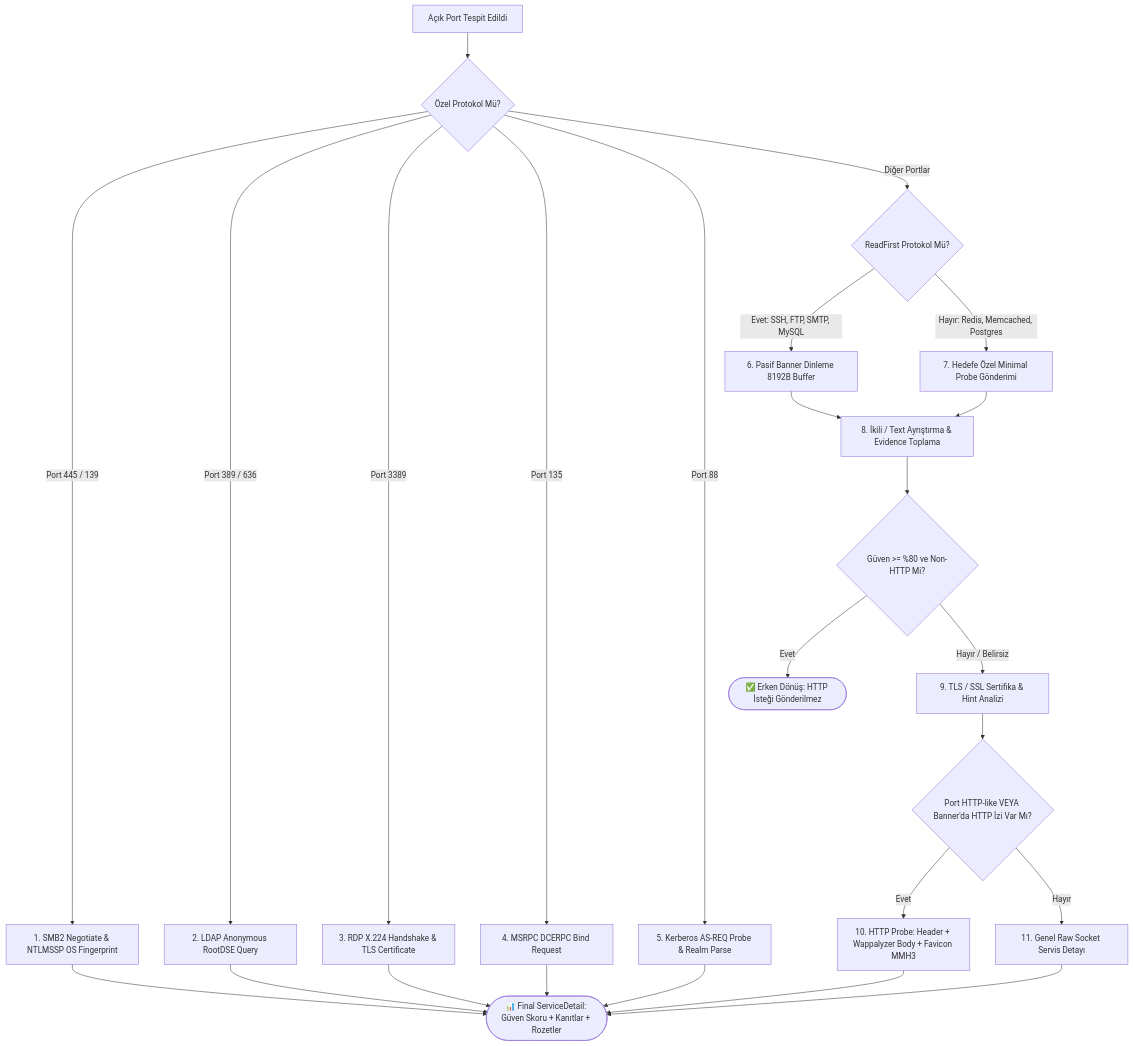
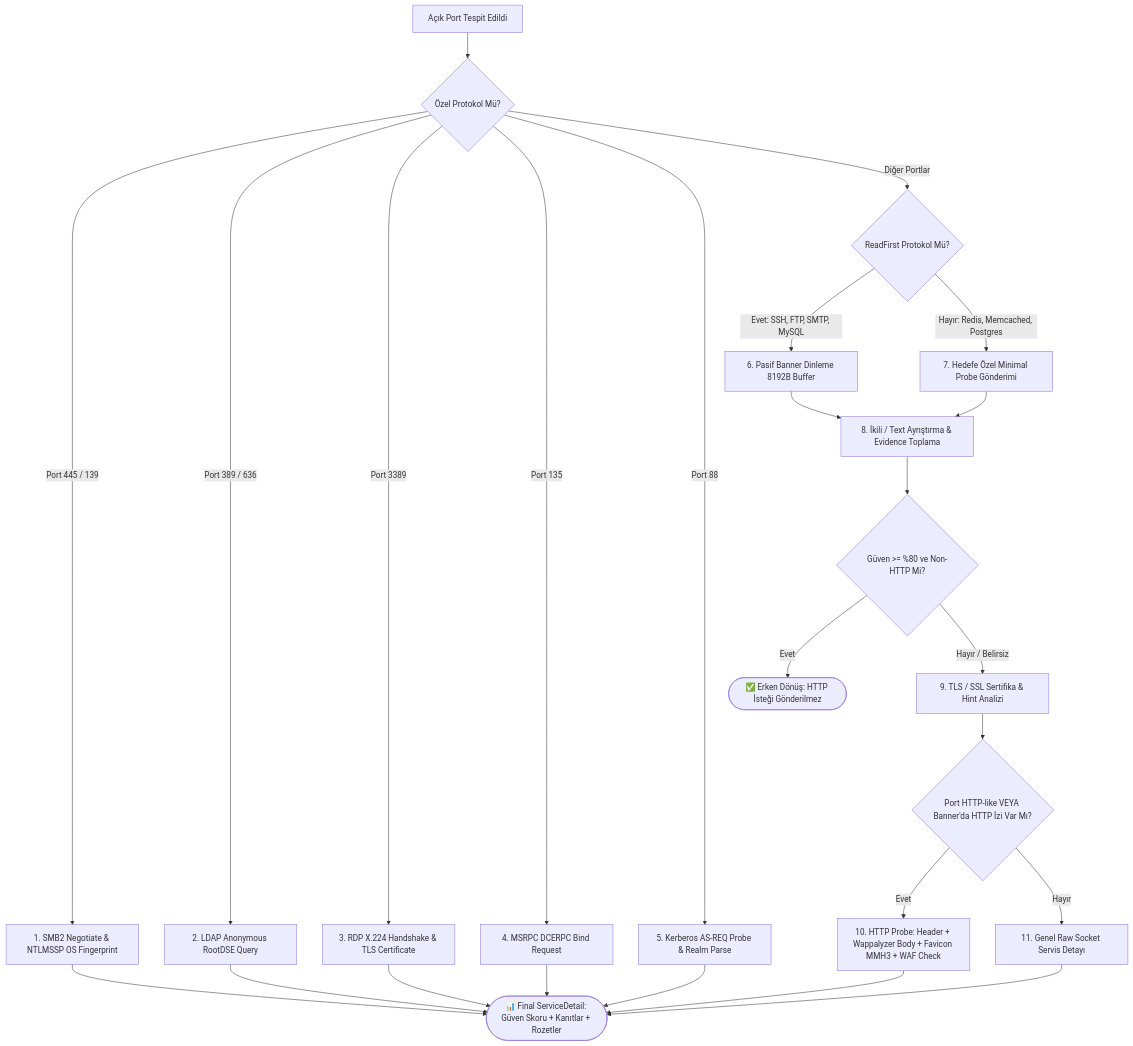
Before and after one commit to 1Ssalih/SpecterRecon: the second of 3 diagrams in README.md, drawn with Mermaid. The commit also changed other lines of this file and 11 other files, not shown here.

````diff
--- a/README.md
+++ b/README.md
@@ -96,33 +119,33 @@
 ```mermaid
 flowchart TD
     PORT[Açık Port Tespit Edildi] --> SPECIAL{Özel Protokol Mü?}
     
     SPECIAL -- Port 445 / 139 --> SMB[1. SMB2 Negotiate & NTLMSSP OS Fingerprint]
     SPECIAL -- Port 389 / 636 --> LDAP[2. LDAP Anonymous RootDSE Query]
     SPECIAL -- Port 3389 --> RDP[3. RDP X.224 Handshake & TLS Certificate]
     SPECIAL -- Port 135 --> MSRPC[4. MSRPC DCERPC Bind Request]
     SPECIAL -- Port 88 --> KERB[5. Kerberos AS-REQ Probe & Realm Parse]
     SPECIAL -- Diğer Portlar --> READ_FIRST{ReadFirst Protokol Mü?}
     
     READ_FIRST -- Evet: SSH, FTP, SMTP, MySQL --> LISTEN[6. Pasif Banner Dinleme 8192B Buffer]
     READ_FIRST -- Hayır: Redis, Memcached, Postgres --> PROBE[7. Hedefe Özel Minimal Probe Gönderimi]
     
     SMB --> FINAL([📊 Final ServiceDetail: Güven Skoru + Kanıtlar + Rozetler])
     LDAP --> FINAL
     RDP --> FINAL
     MSRPC --> FINAL
     KERB --> FINAL
     LISTEN --> BINARY_PARSE[8. İkili / Text Ayrıştırma & Evidence Toplama]
     PROBE --> BINARY_PARSE
     
     BINARY_PARSE --> HIGH_CONF{Güven >= %80 ve Non-HTTP Mi?}
     HIGH_CONF -- Evet --> EARLY_RETURN([✅ Erken Dönüş: HTTP İsteği Gönderilmez])
     HIGH_CONF -- Hayır / Belirsiz --> TLS_CHECK[9. TLS / SSL Sertifika & Hint Analizi]
     
     TLS_CHECK --> HTTP_EVAL{Port HTTP-like VEYA Banner'da HTTP İzi Var Mı?}
-    HTTP_EVAL -- Evet --> HTTP_PROBE[10. HTTP Probe: Header + Wappalyzer Body + Favicon MMH3]
+    HTTP_EVAL -- Evet --> HTTP_PROBE[10. HTTP Probe: Header + Wappalyzer Body + Favicon MMH3 + WAF Check]
     HTTP_EVAL -- Hayır --> FALLBACK[11. Genel Raw Socket Servis Detayı]
     
     HTTP_PROBE --> FINAL
     FALLBACK --> FINAL
 ```
````
